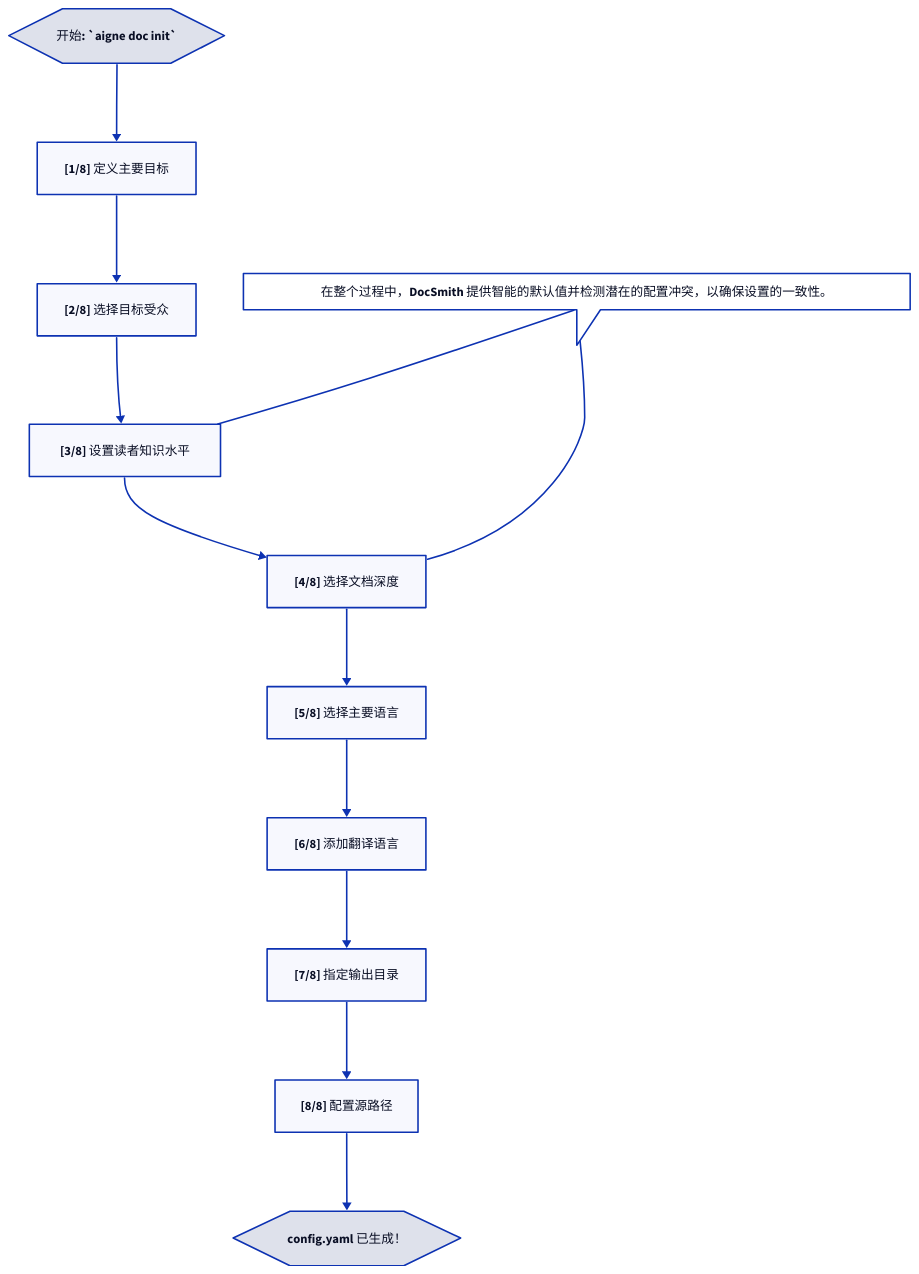
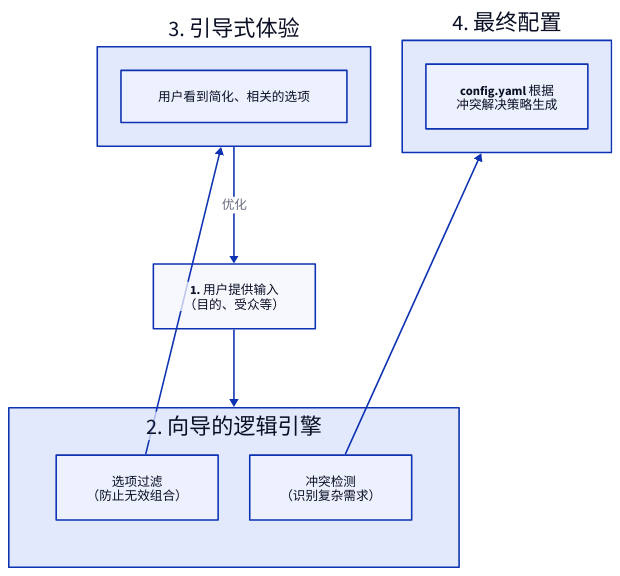
The diagram in docs/configuration-interactive-setup.zh.md (li-yechao/aigne-doc-smith), drawn with D2 before and after one commit. The commit also changed other lines of this file and 37 other files, not shown here.

````diff
--- a/docs/configuration-interactive-setup.zh.md
+++ b/docs/configuration-interactive-setup.zh.md
@@ -15,29 +32,38 @@
 ```d2
 direction: down
 
-start: "开始: `aigne doc init`" {
-  shape: hexagon
+User-Selections: {
+  label: "1. 用户提供输入\n（目的、受众等）"
+  shape: rectangle
 }
 
-step1: "[1/8] 定义主要目标"
-step2: "[2/8] 选择目标受众"
-step3: "[3/8] 设置读者知识水平"
-step4: "[4/8] 选择文档深度"
-step5: "[5/8] 选择主要语言"
-step6: "[6/8] 添加翻译语言"
-step7: "[7/8] 指定输出目录"
-step8: "[8/8] 配置源路径"
+Wizard-Engine: {
+  label: "2. 向导的逻辑引擎"
+  shape: rectangle
+  grid-columns: 2
 
-finish: "config.yaml 已生成！" {
-  shape: hexagon
+  Filtering: {
+    label: "选项过滤\n（防止无效组合）"
+  }
+
+  Conflict-Detection: {
+    label: "冲突检测\n（识别复杂需求）"
+  }
 }
 
-start -> step1 -> step2 -> step3 -> step4 -> step5 -> step6 -> step7 -> step8 -> finish
-
-subsystem: "在整个过程中，DocSmith 提供智能的默认值并检测潜在的配置冲突，以确保设置的一致性。" {
-    shape: callout
+Guided-Experience: {
+  label: "3. 引导式体验"
+  shape: rectangle
+  content: "用户看到简化、相关的选项"
 }
 
-subsystem -- step3
-subsystem -- step4
+Final-Config: {
+  label: "4. 最终配置"
+  content: "config.yaml 根据\n冲突解决策略生成"
+}
+
+User-Selections -> Wizard-Engine
+Wizard-Engine.Filtering -> Guided-Experience
+Wizard-Engine.Conflict-Detection -> Final-Config
+Guided-Experience -> User-Selections: "优化"
 ```
````
